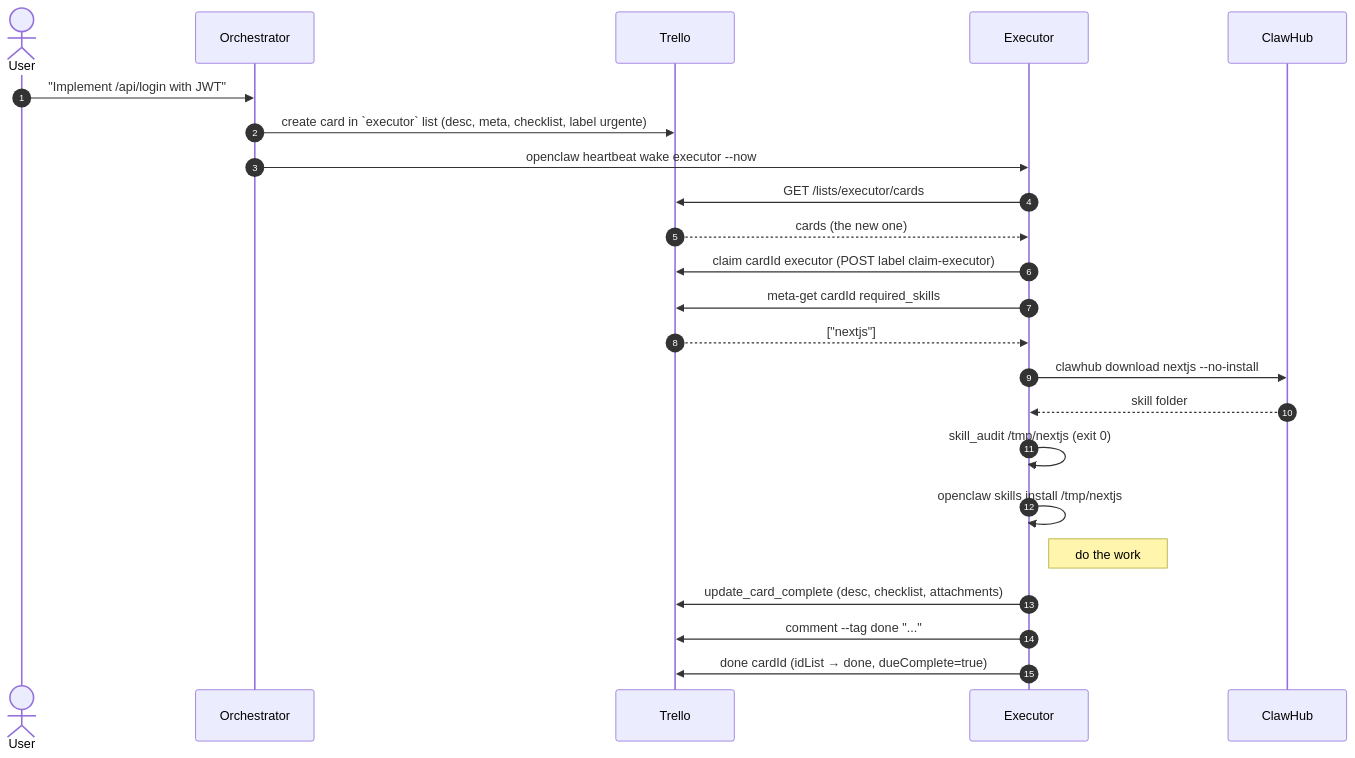
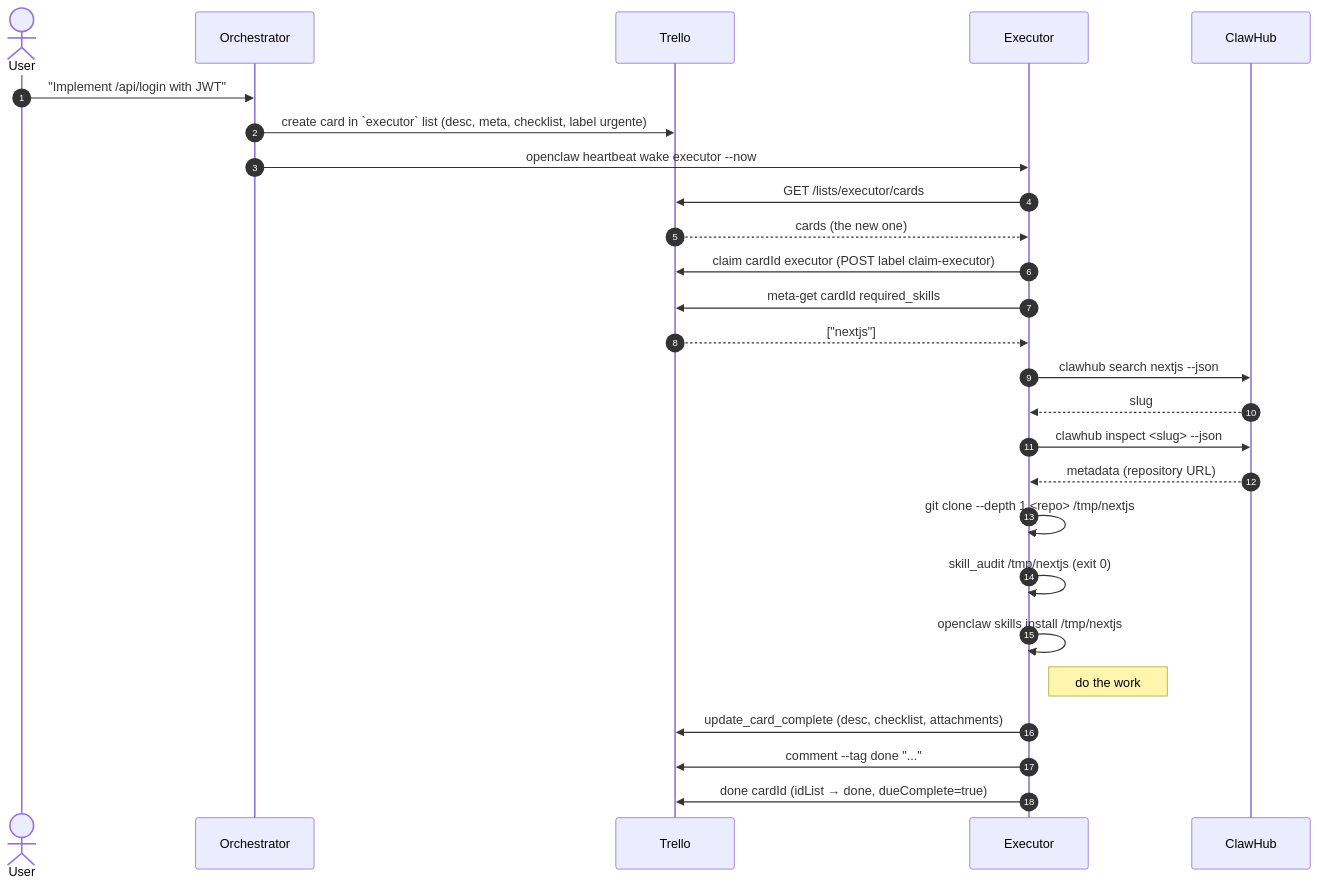
One commit to igorviapaineis/trello-mission-control changed the second of 2 diagrams in docs/architecture.md. Above: the diagram before and after it, drawn with Mermaid. The commit also changed 12 other files, not shown here.

First line of the commit message:
fix(install): use git: prefix until plugin is on ClawHub; fix ensure_skills flow

````diff
--- a/docs/architecture.md
+++ b/docs/architecture.md
@@ -33,26 +33,29 @@
 ```mermaid
 sequenceDiagram
     autonumber
     actor User
     participant O as Orchestrator
     participant T as Trello
     participant E as Executor
     participant C as ClawHub
 
     User->>O: "Implement /api/login with JWT"
     O->>T: create card in `executor` list (desc, meta, checklist, label urgente)
     O->>E: openclaw heartbeat wake executor --now
     E->>T: GET /lists/executor/cards
     T-->>E: cards (the new one)
     E->>T: claim cardId executor (POST label claim-executor)
     E->>T: meta-get cardId required_skills
     T-->>E: ["nextjs"]
-    E->>C: clawhub download nextjs --no-install
-    C-->>E: skill folder
+    E->>C: clawhub search nextjs --json
+    C-->>E: slug
+    E->>C: clawhub inspect <slug> --json
+    C-->>E: metadata (repository URL)
+    E->>E: git clone --depth 1 <repo> /tmp/nextjs
     E->>E: skill_audit /tmp/nextjs (exit 0)
     E->>E: openclaw skills install /tmp/nextjs
     Note right of E: do the work
     E->>T: update_card_complete (desc, checklist, attachments)
     E->>T: comment --tag done "..."
     E->>T: done cardId (idList → done, dueComplete=true)
 ```
````
